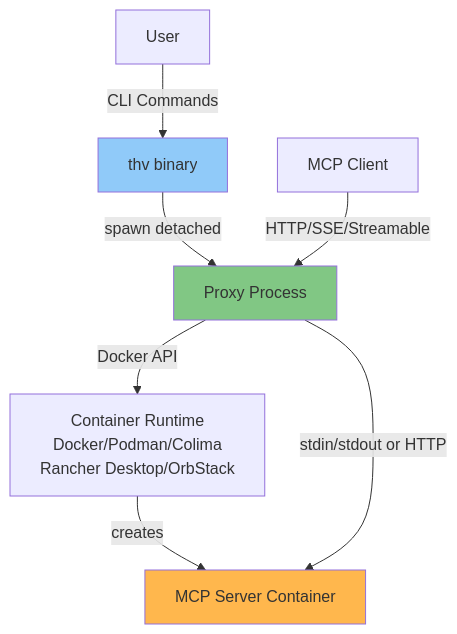
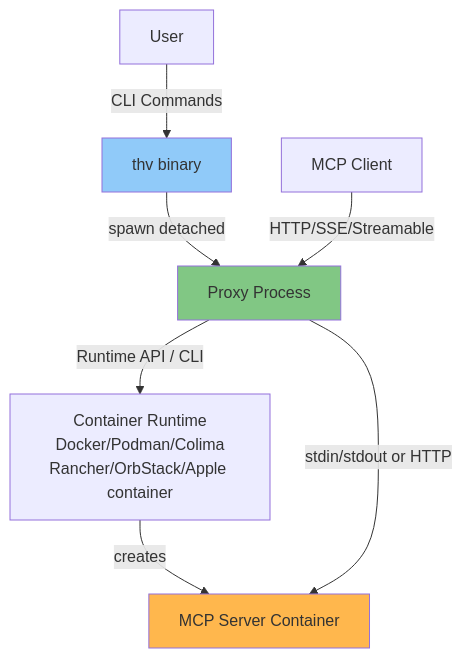
One commit to stacklok/toolhive changed the second of 7 diagrams in docs/arch/01-deployment-modes.md. Above: the diagram before and after it, drawn with Mermaid. The commit also changed other lines of this file and 17 other files, not shown here.

First line of the commit message:
Add Apple container runtime client and isolation

````diff
--- a/docs/arch/01-deployment-modes.md
+++ b/docs/arch/01-deployment-modes.md
@@ -44,13 +44,13 @@
 ```mermaid
 graph TB
     User[User] -->|CLI Commands| THV[thv binary]
     THV -->|spawn detached| Proxy[Proxy Process]
-    Proxy -->|Docker API| Runtime[Container Runtime<br/>Docker/Podman/Colima<br/>Rancher Desktop/OrbStack]
+    Proxy -->|Runtime API / CLI| Runtime[Container Runtime<br/>Docker/Podman/Colima<br/>Rancher/OrbStack/Apple container]
     Runtime -->|creates| Container[MCP Server Container]
     Proxy -->|stdin/stdout or HTTP| Container
     Client[MCP Client] -->|HTTP/SSE/Streamable| Proxy
 
     style THV fill:#90caf9
     style Proxy fill:#81c784
     style Container fill:#ffb74d
 ```
````
